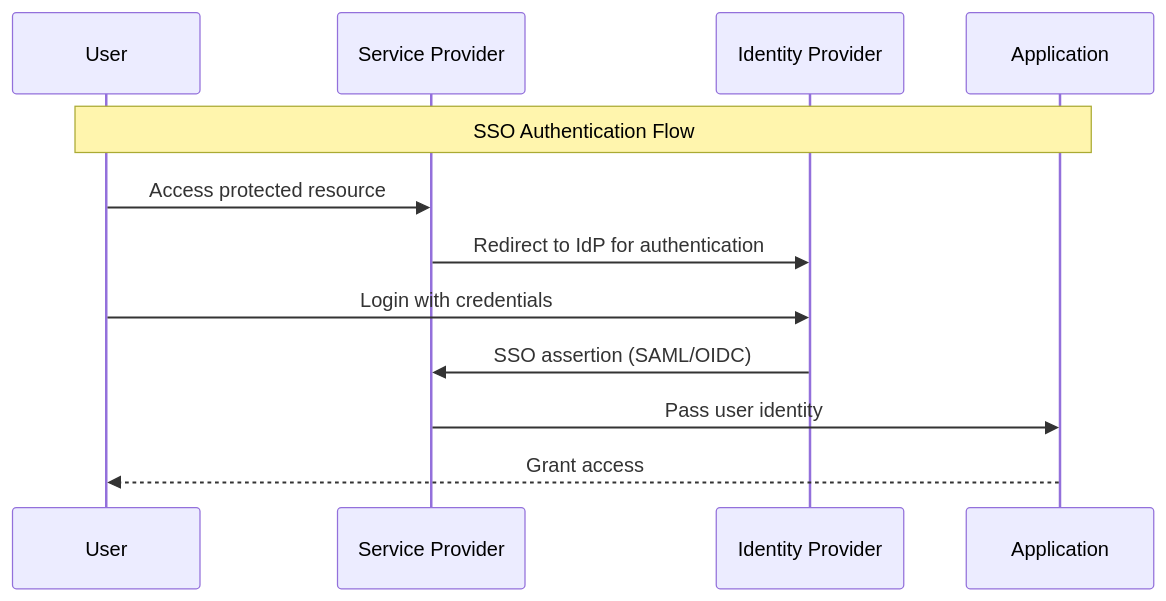
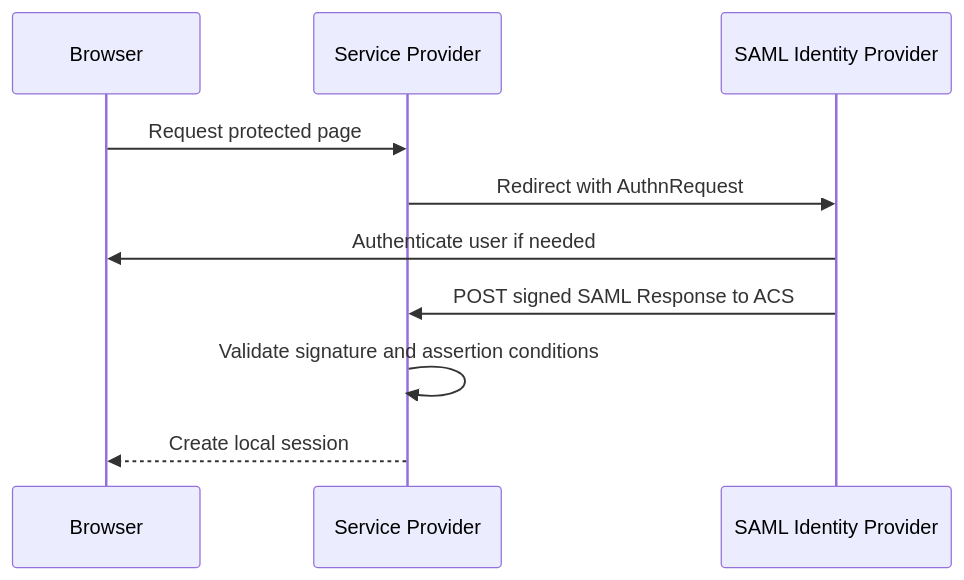
One commit to nitinkc/spring-security-reference changed the third of 3 diagrams in docs/authentication/sso-integration.md. Above: the diagram before and after it, drawn with Mermaid. The commit also changed other lines of this file and 100 other files, not shown here.

````diff
--- a/docs/authentication/sso-integration.md
+++ b/docs/authentication/sso-integration.md
@@ -9,15 +73,12 @@
 ```mermaid
 sequenceDiagram
-    participant U as User
-    participant SP as Service Provider
-    participant IdP as Identity Provider
-    participant App as Application
-    
-    Note over U,App: SSO Authentication Flow
-    U->>SP: Access protected resource
-    SP->>IdP: Redirect to IdP for authentication
-    U->>IdP: Login with credentials
-    IdP->>SP: SSO assertion (SAML/OIDC)
-    SP->>App: Pass user identity
-    App-->>U: Grant access
+    participant U as Browser
+    participant S as Service Provider
+    participant I as SAML Identity Provider
+    U->>S: Request protected page
+    S->>I: Redirect with AuthnRequest
+    I->>U: Authenticate user if needed
+    I->>S: POST signed SAML Response to ACS
+    S->>S: Validate signature and assertion conditions
+    S-->>U: Create local session
 ```
````
